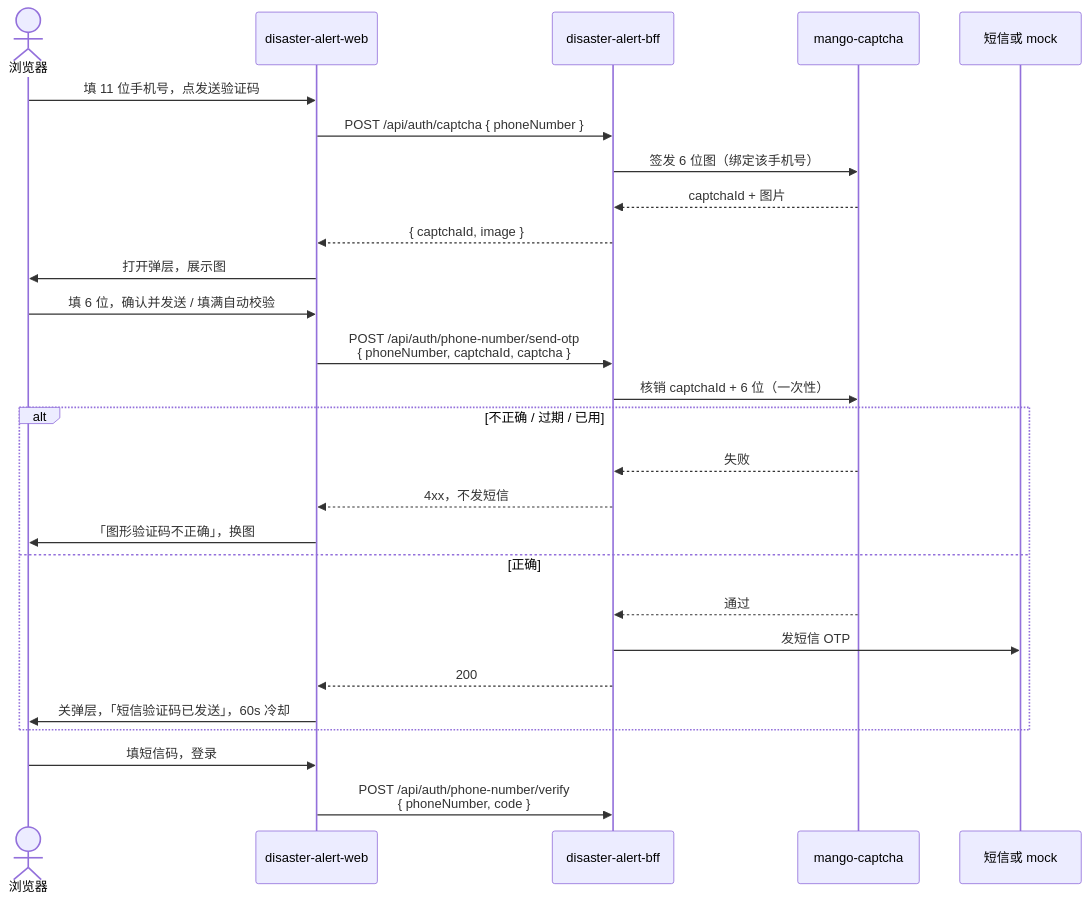
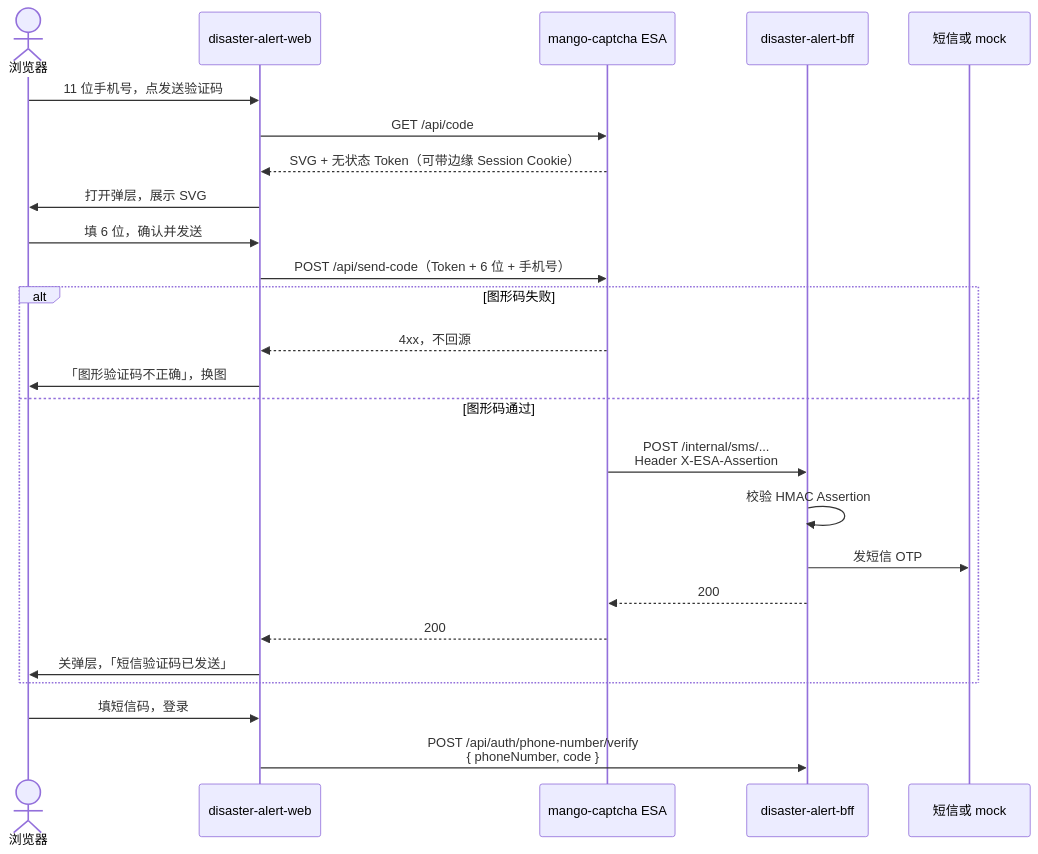
One commit to luyi2008/disaster-alert-web changed the diagram in docs/superpowers/specs/2026-09-08-login-captcha-tech.md. Above: the diagram before and after it, drawn with Mermaid. The commit also changed other lines of this file and 3 other files, not shown here.

First line of the commit message:
Rewrite captcha tech spec to match mango-captcha ESA.

````diff
--- a/docs/superpowers/specs/2026-09-08-login-captcha-tech.md
+++ b/docs/superpowers/specs/2026-09-08-login-captcha-tech.md
@@ -32,30 +34,28 @@
 ```mermaid
 sequenceDiagram
   actor U as 浏览器
   participant W as disaster-alert-web
+  participant E as mango-captcha ESA
   participant B as disaster-alert-bff
-  participant C as mango-captcha
   participant S as 短信或 mock
 
-  U->>W: 填 11 位手机号，点发送验证码
-  W->>B: POST /api/auth/captcha { phoneNumber }
-  B->>C: 签发 6 位图（绑定该手机号）
-  C-->>B: captchaId + 图片
-  B-->>W: { captchaId, image }
-  W->>U: 打开弹层，展示图
-  U->>W: 填 6 位，确认并发送 / 填满自动校验
-  W->>B: POST /api/auth/phone-number/send-otp<br/>{ phoneNumber, captchaId, captcha }
-  B->>C: 核销 captchaId + 6 位（一次性）
-  alt 不正确 / 过期 / 已用
-    C-->>B: 失败
-    B-->>W: 4xx，不发短信
+  U->>W: 11 位手机号，点发送验证码
+  W->>E: GET /api/code
+  E-->>W: SVG + 无状态 Token（可带边缘 Session Cookie）
+  W->>U: 打开弹层，展示 SVG
+  U->>W: 填 6 位，确认并发送
+  W->>E: POST /api/send-code（Token + 6 位 + 手机号）
+  alt 图形码失败
+    E-->>W: 4xx，不回源
     W->>U: 「图形验证码不正确」，换图
-  else 正确
-    C-->>B: 通过
+  else 图形码通过
+    E->>B: POST /internal/sms/...<br/>Header X-ESA-Assertion
+    B->>B: 校验 HMAC Assertion
     B->>S: 发短信 OTP
-    B-->>W: 200
-    W->>U: 关弹层，「短信验证码已发送」，60s 冷却
+    B-->>E: 200
+    E-->>W: 200
+    W->>U: 关弹层，「短信验证码已发送」
   end
   U->>W: 填短信码，登录
   W->>B: POST /api/auth/phone-number/verify<br/>{ phoneNumber, code }
 ```
````
